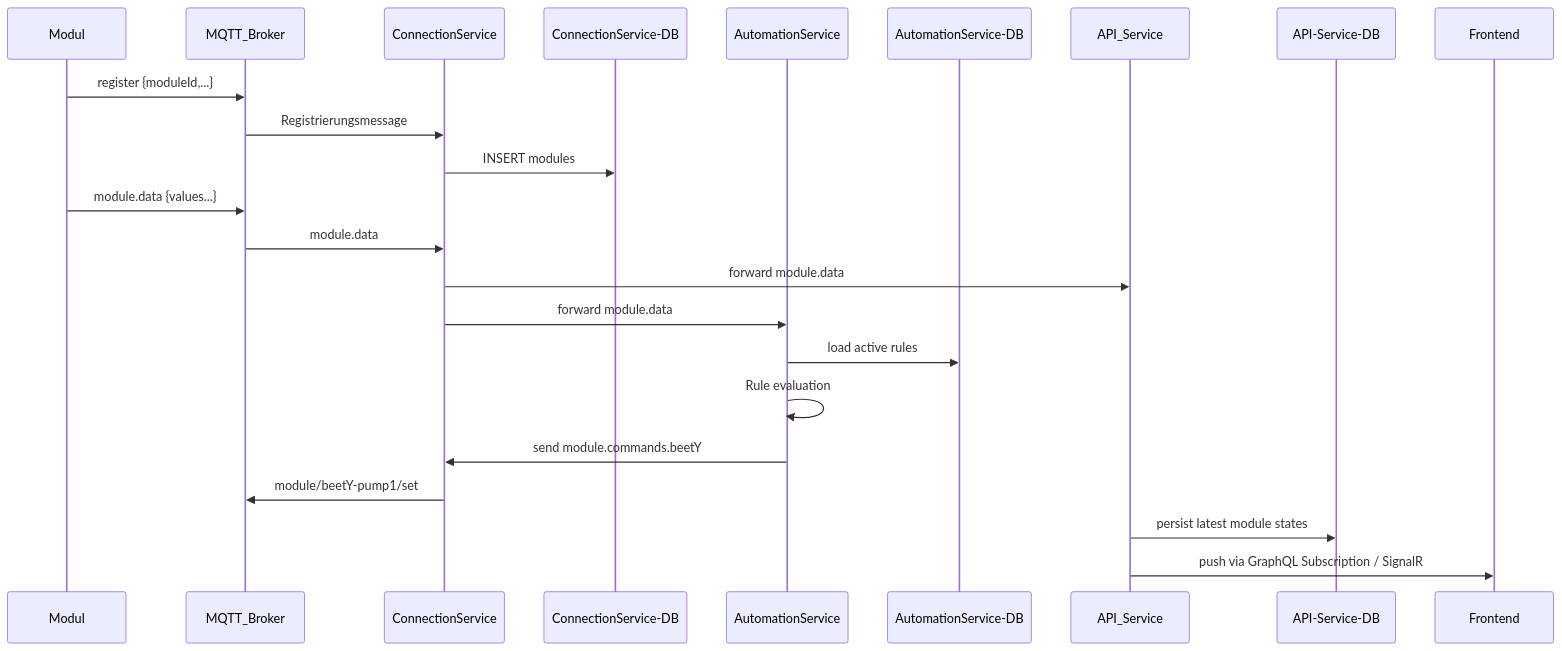
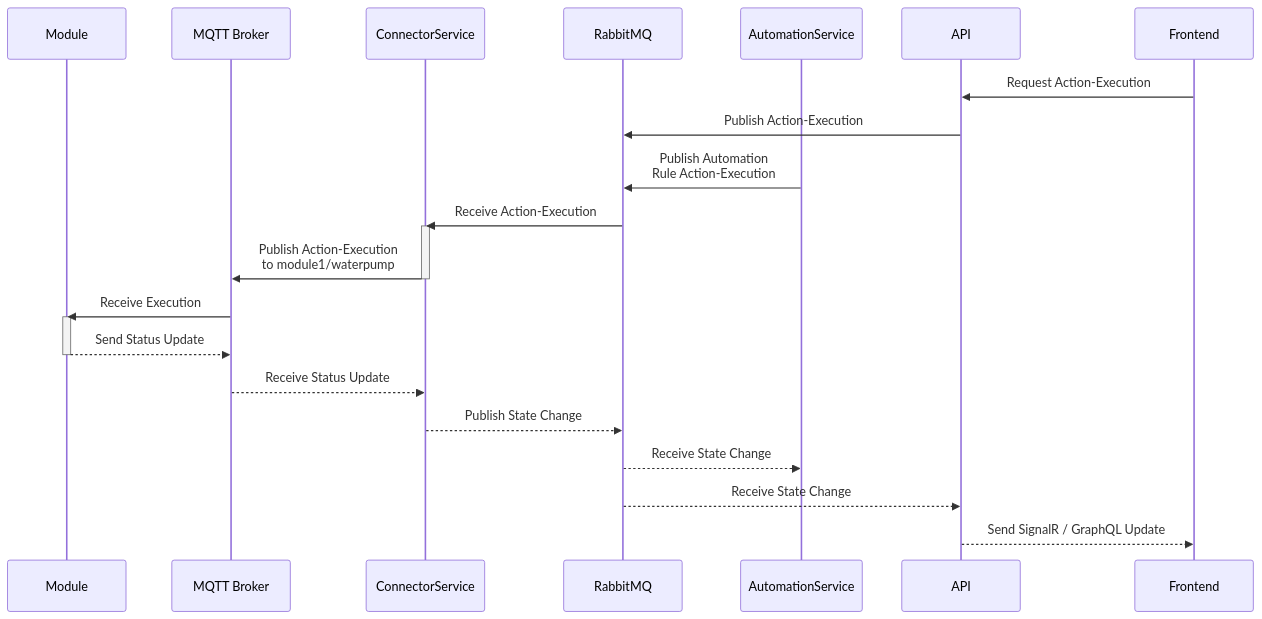
Before and after one commit to S-Mitterlehner/smart-garden: the third of 3 diagrams in docs/MUS/README.md, drawn with Mermaid. The commit also changed other lines of this file and 5 other files, not shown here.

````diff
--- a/docs/MUS/README.md
+++ b/docs/MUS/README.md
@@ -184,25 +213,28 @@
 ```mermaid
 sequenceDiagram
-  participant Modul as Modul
-  participant MQTT_Broker as MQTT_Broker
-  participant ConnectionService as ConnectionService
-  participant ConnDB as ConnectionService-DB
-  participant AutomationService as AutomationService
-  participant AutoDB as AutomationService-DB
-  participant API_Service as API_Service
-  participant API_DB as API-Service-DB
-  participant Frontend as Frontend
-  Modul ->> MQTT_Broker: register {moduleId,...}
-  MQTT_Broker ->> ConnectionService: Registrierungsmessage
-  ConnectionService ->> ConnDB: INSERT modules
-  Modul ->> MQTT_Broker: module.data {values...}
-  MQTT_Broker ->> ConnectionService: module.data
-  ConnectionService ->> API_Service: forward module.data
-  ConnectionService ->> AutomationService: forward module.data
-  AutomationService ->> AutoDB: load active rules
-  AutomationService ->> AutomationService: Rule evaluation
-  AutomationService ->> ConnectionService: send module.commands.beetY
-  ConnectionService ->> MQTT_Broker: module/beetY-pump1/set
-  API_Service ->> API_DB: persist latest module states
-  API_Service ->> Frontend: push via GraphQL Subscription / SignalR
+    participant Module
+    participant MQTT as MQTT Broker
+    participant ConnectorService
+    participant RMQ as RabbitMQ
+    participant AutomationService
+    participant API
+    participant Frontend
+
+    Frontend ->> API: Request Action-Execution
+    API ->> RMQ: Publish Action-Execution
+    AutomationService ->> RMQ: Publish Automation <br/>Rule Action-Execution
+    RMQ ->> ConnectorService: Receive Action-Execution
+    activate ConnectorService
+    ConnectorService ->> MQTT: Publish Action-Execution <br/>to module1/waterpump
+    deactivate ConnectorService
+    MQTT ->> Module: Receive Execution
+
+    activate Module
+    Module -->> MQTT: Send Status Update
+    deactivate Module
+    MQTT -->> ConnectorService: Receive Status Update
+    ConnectorService -->> RMQ: Publish State Change
+    RMQ -->> AutomationService: Receive State Change
+    RMQ -->> API: Receive State Change
+    API -->> Frontend: Send SignalR / GraphQL Update
 ```
````
